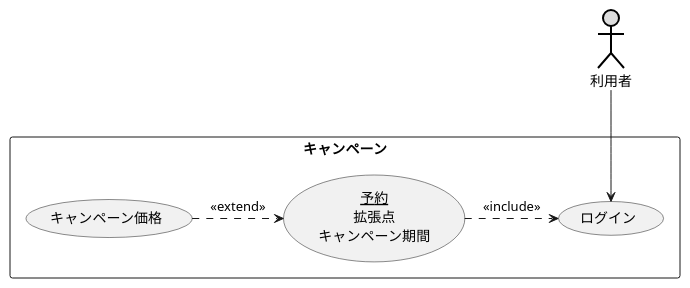
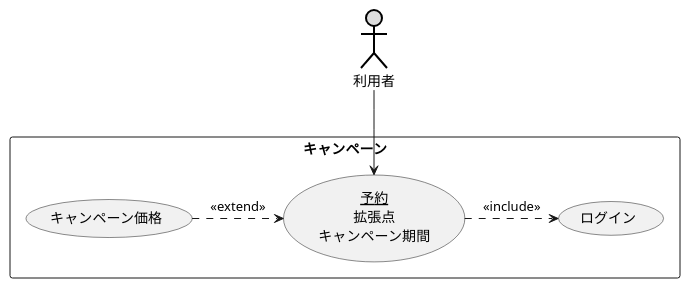
The diagram in 演習2-4_キャンペーン中のホテル宿泊予約.pu (05Uwa/uml-introduction), drawn with PlantUML before and after one commit. The commit also changed 5 other files, not shown here.

```diff
--- a/演習2-4_キャンペーン中のホテル宿泊予約.pu
+++ b/演習2-4_キャンペーン中のホテル宿泊予約.pu
@@ -1,11 +1,11 @@
 @startuml キャンペーン価格
 actor 利用者 #DDDDDD;line:black;line.bold;
     rectangle キャンペーン{
         usecase キャンペーン価格
         usecase ログイン
         usecase (<u>予約</u>\n拡張点\nキャンペーン期間) as input
     }
 input .> ログイン  : <<include>>
     キャンペーン価格 .> (input) :<< extend >>
-利用者 --> ログイン
+利用者 --> input
 @enduml
```
